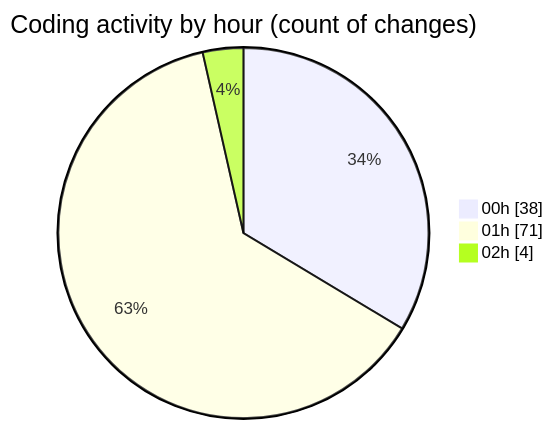
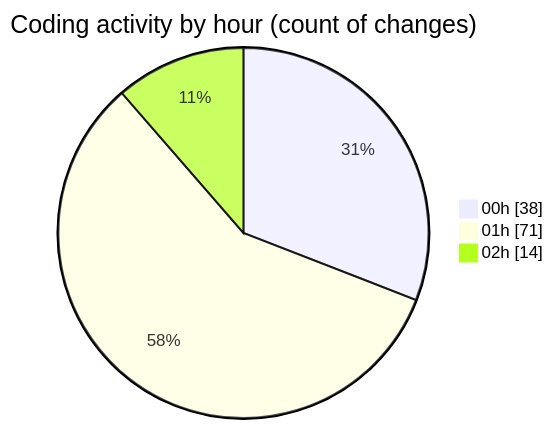
The second of 2 diagrams in 2025-07-27/quanlyrapchieuphim-1/README.md (lephambinh05/code-tracking), drawn with Mermaid before and after one commit. The commit also changed other lines of this file and 1 other file, not shown here.

````diff
--- a/2025-07-27/quanlyrapchieuphim-1/README.md
+++ b/2025-07-27/quanlyrapchieuphim-1/README.md
@@ -64,7 +64,7 @@
 ```mermaid
 pie showData
 title Coding activity by hour (count of changes)
 "00h" : 38
 "01h" : 71
-"02h" : 4
+"02h" : 14
 ```
````
